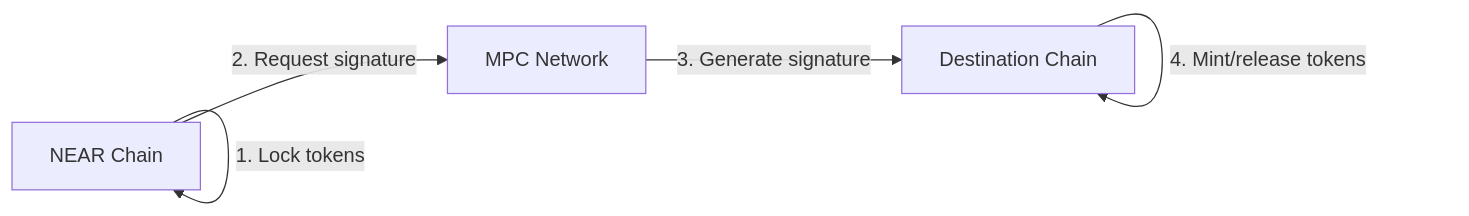
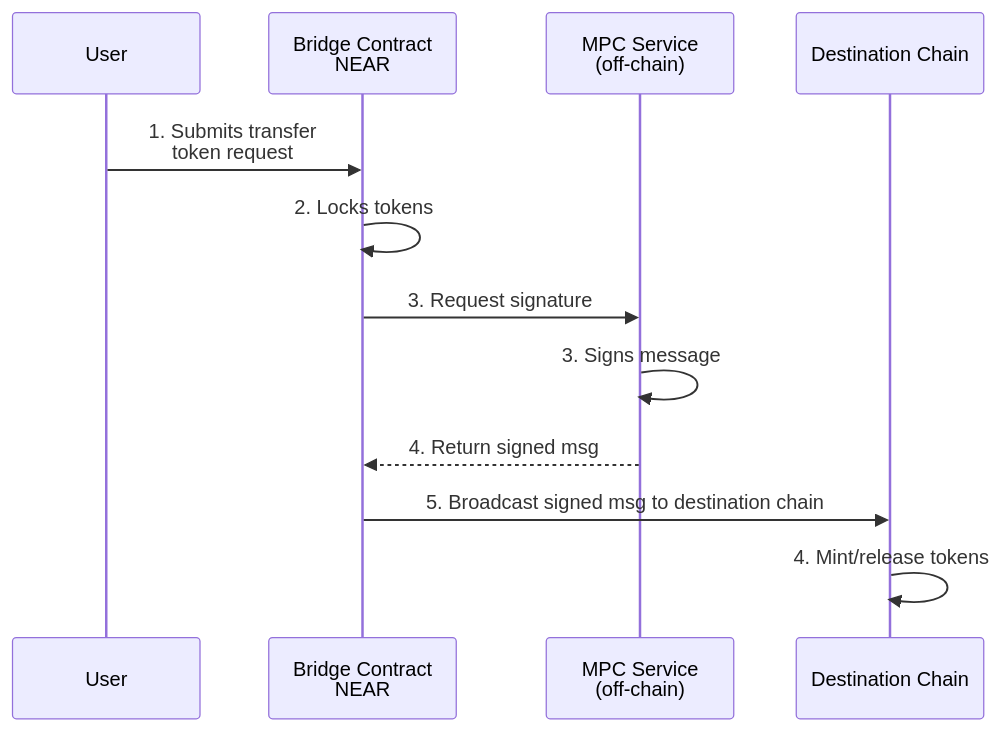
One commit to near/docs changed the diagram in docs/1.concepts/abstraction/omnibridge/overview.md. Above: the diagram before and after it, drawn with Mermaid. The commit also changed other lines of this file, not shown here.

````diff
--- a/docs/1.concepts/abstraction/omnibridge/overview.md
+++ b/docs/1.concepts/abstraction/omnibridge/overview.md
@@ -40,11 +38,15 @@
 ```mermaid
-flowchart LR
-    NEAR[NEAR Chain]
-    MPC[MPC Network]
-    Other[Destination Chain]
-    
-    NEAR -- 1. Lock tokens --> NEAR
-    NEAR -- 2. Request signature --> MPC
-    MPC -- 3. Generate signature --> Other
-    Other -- 4. Mint/release tokens --> Other
+sequenceDiagram
+   participant User
+   participant NEAR as Bridge Contract <br> NEAR
+   participant MPC as MPC Service <br> (off-chain)
+   participant Other as Destination Chain
+ 
+    User->>NEAR:1. Submits transfer <br> token request
+    NEAR->>NEAR: 2. Locks tokens
+    NEAR->>MPC: 3. Request signature
+    MPC->>MPC: 3. Signs message
+    MPC-->>NEAR: 4. Return signed msg
+    NEAR->>Other: 5. Broadcast signed msg to destination chain
+    Other->>Other: 4. Mint/release tokens
 ``` 
````
